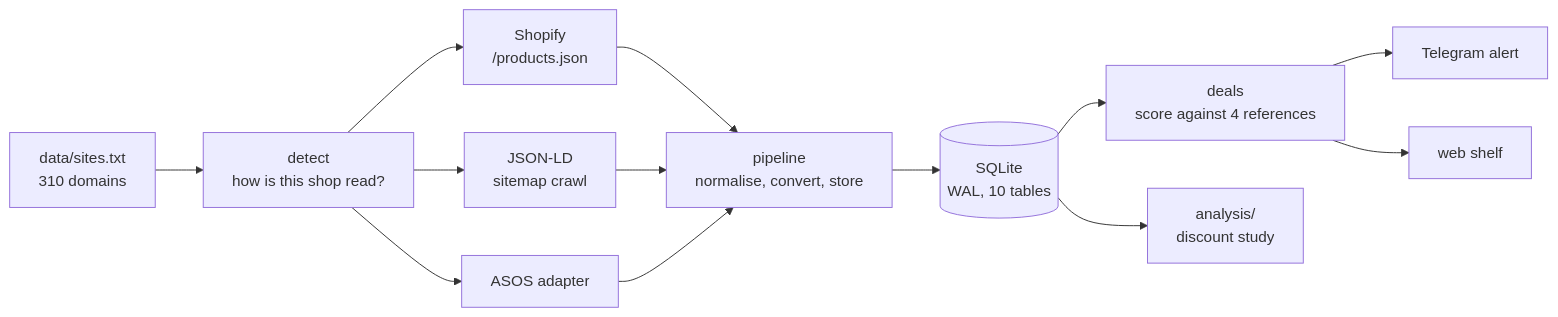
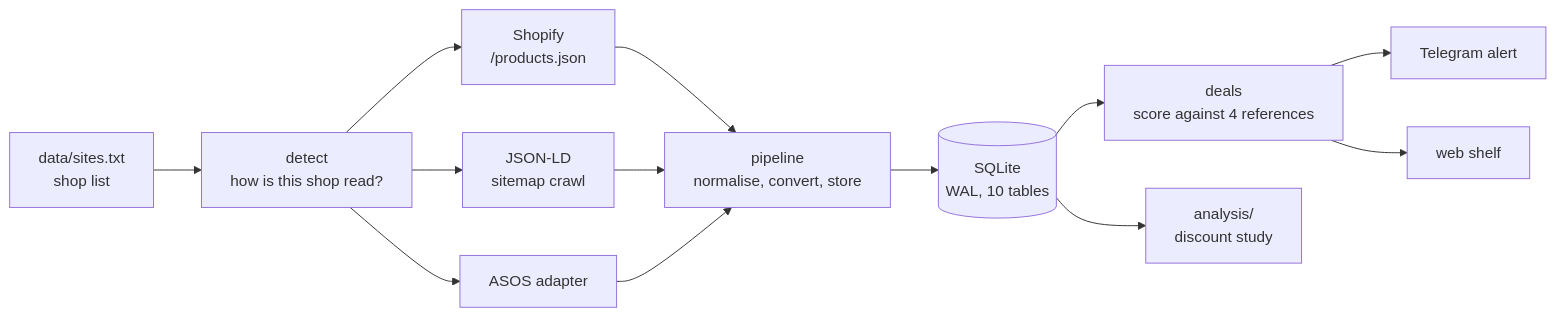
One commit to Whyslab/price-intelligence changed the diagram in README.md. Above: the diagram before and after it, drawn with Mermaid. The commit also changed other lines of this file and 11 other files, not shown here.

````diff
--- a/README.md
+++ b/README.md
@@ -68,13 +69,13 @@
 ```mermaid
 flowchart LR
-    S[data/sites.txt<br/>310 domains] --> D[detect<br/>how is this shop read?]
+    S[data/sites.txt<br/>shop list] --> D[detect<br/>how is this shop read?]
     D --> C1[Shopify<br/>/products.json]
     D --> C2[JSON-LD<br/>sitemap crawl]
     D --> C3[ASOS adapter]
     C1 & C2 & C3 --> P[pipeline<br/>normalise, convert, store]
     P --> DB[(SQLite<br/>WAL, 10 tables)]
     DB --> E[deals<br/>score against 4 references]
     E --> N[Telegram alert]
     E --> W[web shelf]
     DB --> A[analysis/<br/>discount study]
 ```
````
